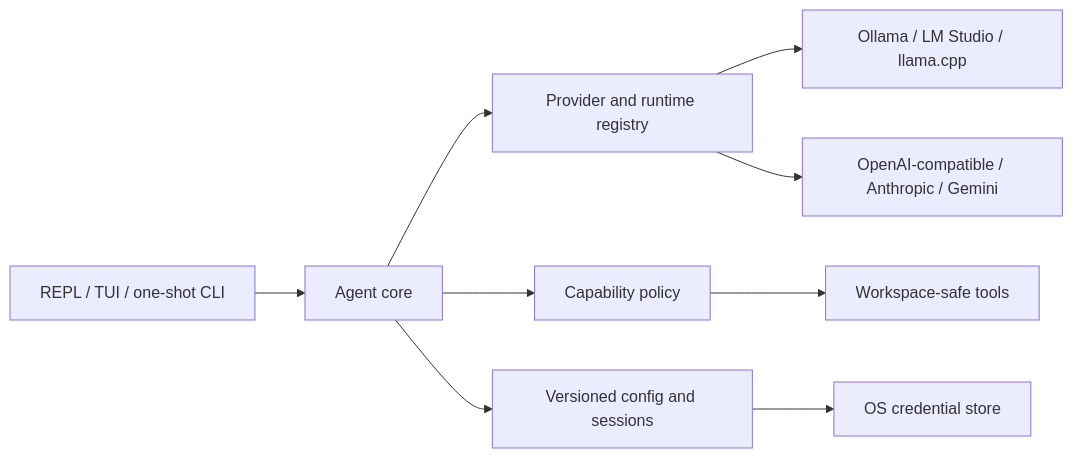
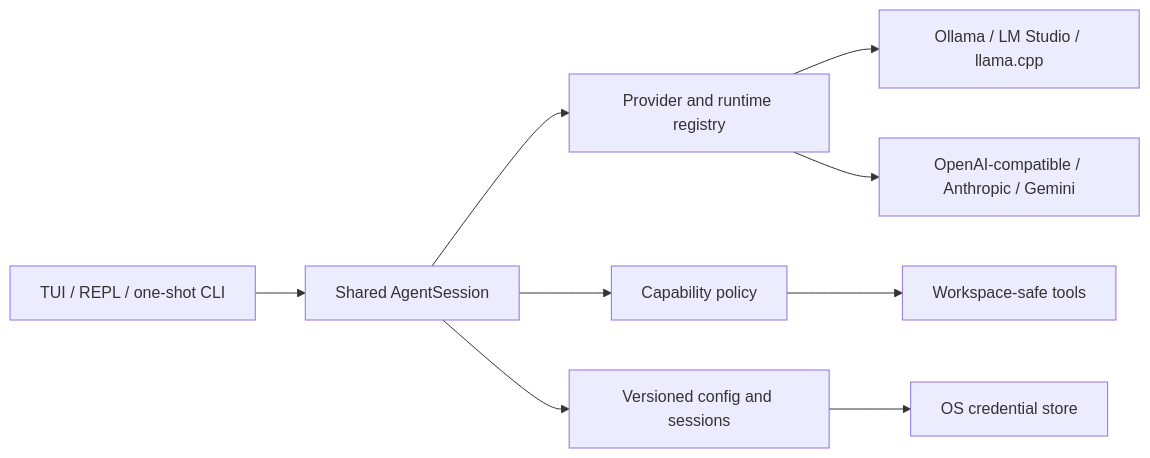
One commit to h3ex0/forge-cli changed the diagram in README.md. Above: the diagram before and after it, drawn with Mermaid. The commit also changed other lines of this file and 56 other files, not shown here.

````diff
--- a/README.md
+++ b/README.md
@@ -167,11 +211,11 @@
 ```mermaid
 flowchart LR
-    U["REPL / TUI / one-shot CLI"] --> C["Agent core"]
+    U["TUI / REPL / one-shot CLI"] --> C["Shared AgentSession"]
     C --> R["Provider and runtime registry"]
     R --> L["Ollama / LM Studio / llama.cpp"]
     R --> P["OpenAI-compatible / Anthropic / Gemini"]
     C --> E["Capability policy"]
     E --> T["Workspace-safe tools"]
     C --> S["Versioned config and sessions"]
     S --> K["OS credential store"]
 ```
````
